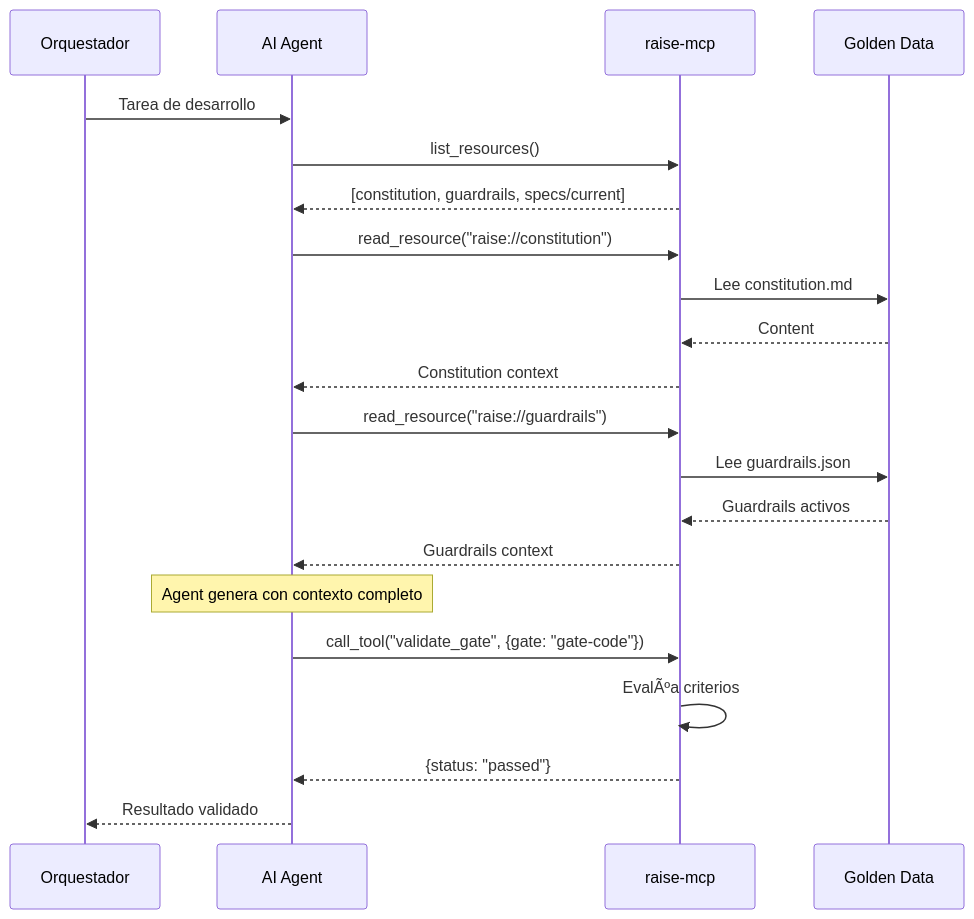
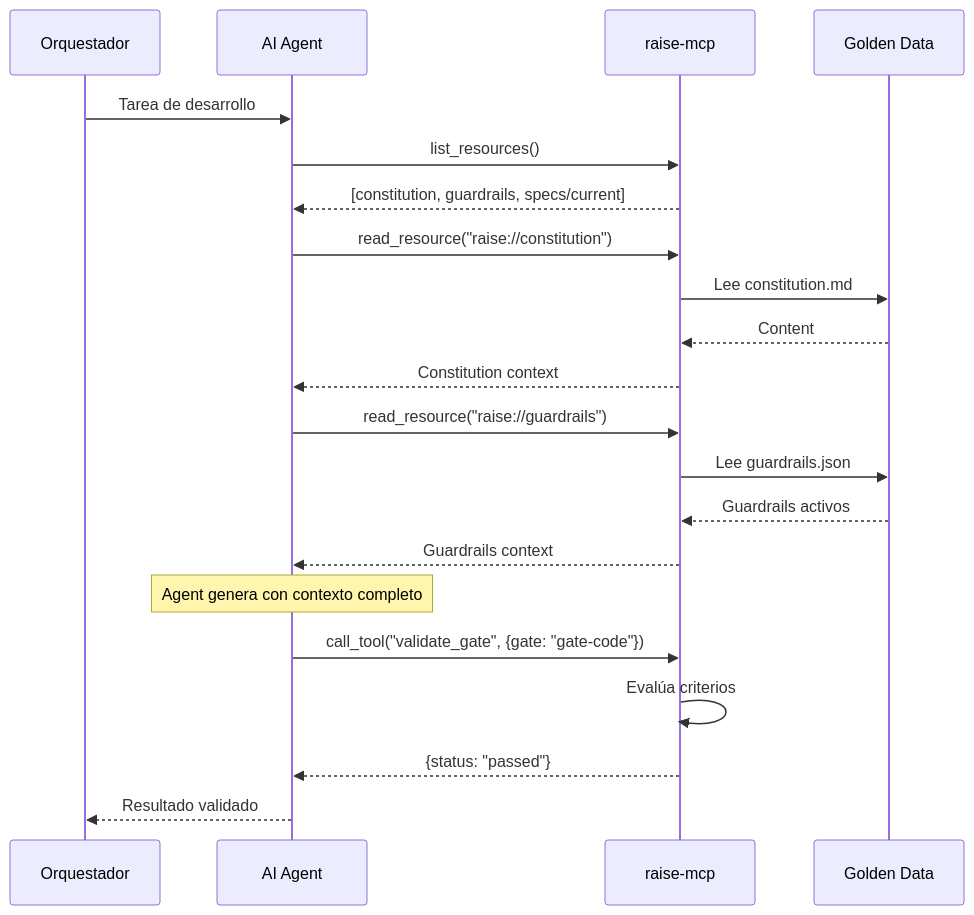
One commit to humansys/raise changed the second of 5 diagrams in docs/framework/v2/12-integration-patterns-v2_1.md. Above: the diagram before and after it, drawn with Mermaid. The commit also changed other lines of this file and 9 other files, not shown here.

````diff
--- a/docs/framework/v2/12-integration-patterns-v2_1.md
+++ b/docs/framework/v2/12-integration-patterns-v2_1.md
@@ -174,29 +174,29 @@
 ```mermaid
 sequenceDiagram
     participant O as Orquestador
     participant A as AI Agent
     participant MCP as raise-mcp
     participant GD as Golden Data
 
     O->>A: Tarea de desarrollo
     A->>MCP: list_resources()
     MCP-->>A: [constitution, guardrails, specs/current]
     
     A->>MCP: read_resource("raise://constitution")
     MCP->>GD: Lee constitution.md
     GD-->>MCP: Content
     MCP-->>A: Constitution context
     
     A->>MCP: read_resource("raise://guardrails")
     MCP->>GD: Lee guardrails.json
     GD-->>MCP: Guardrails activos
     MCP-->>A: Guardrails context
     
     Note over A: Agent genera con contexto completo
     
     A->>MCP: call_tool("validate_gate", {gate: "gate-code"})
-    MCP->>MCP: EvalÃºa criterios
+    MCP->>MCP: Evalúa criterios
     MCP-->>A: {status: "passed"}
     
     A-->>O: Resultado validado
 ```
````
